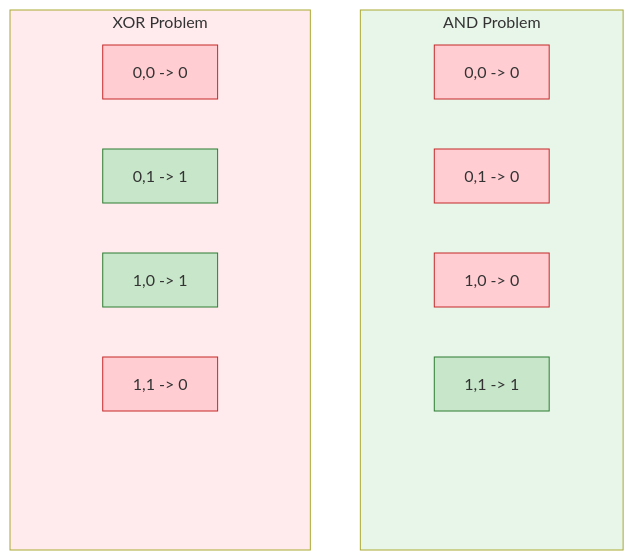
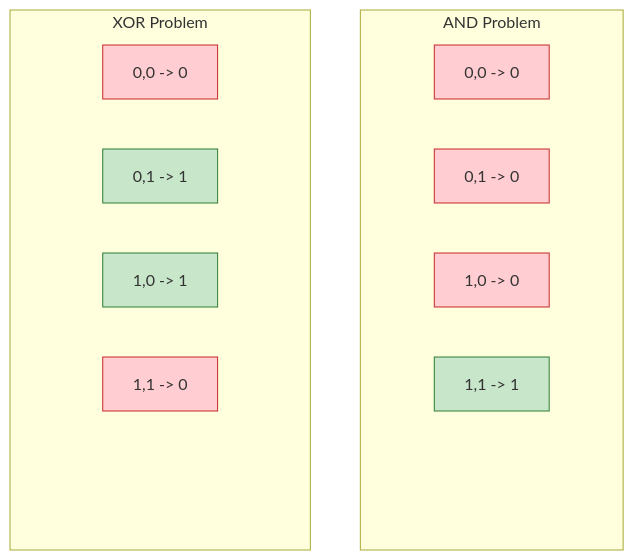
One commit to antonprafanto/dasarAI2026 changed the second of 8 diagrams in bab-08-neural-network.md. Above: the diagram before and after it, drawn with Mermaid. The commit also changed other lines of this file and 8 other files, not shown here.

Commit message:
Fix: Remove custom Mermaid styling for better dark mode visibility

````diff
--- a/bab-08-neural-network.md
+++ b/bab-08-neural-network.md
@@ -139,25 +135,22 @@
 ```mermaid
 graph TD
     subgraph AND_Gate [AND Problem]
         A1[0,0 -> 0]:::zero
         A2[0,1 -> 0]:::zero
         A3[1,0 -> 0]:::zero
         A4[1,1 -> 1]:::one
         Gap1[Linearly Separable]:::hidden
     end
 
     subgraph XOR_Gate [XOR Problem]
         X1[0,0 -> 0]:::zero
         X2[0,1 -> 1]:::one
         X3[1,0 -> 1]:::one
         X4[1,1 -> 0]:::zero
         Gap2[NOT Linearly Separable]:::hidden
     end
 
-    style AND_Gate fill:#e8f5e9
-    style XOR_Gate fill:#ffebee
-
     classDef zero fill:#ffcdd2,stroke:#c62828
     classDef one fill:#c8e6c9,stroke:#2e7d32
     classDef hidden opacity:0
 ```
````
